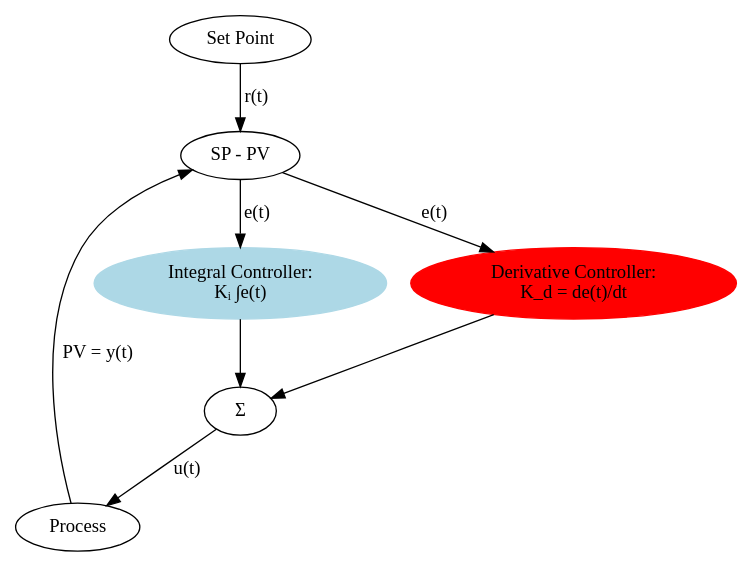
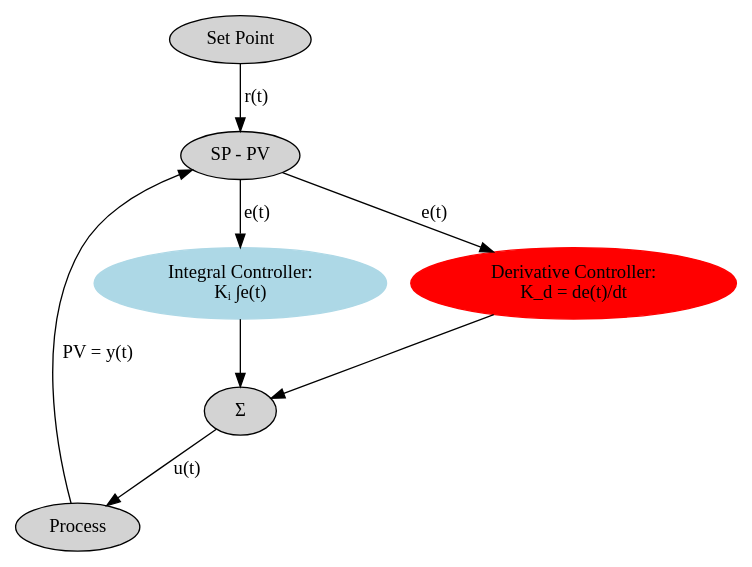
The diagram in pid-dotfiles/id-controller.dot (brain-fuel-co/feedback), drawn with Graphviz before and after one commit. The commit also changed 5 other files, not shown here.

```diff
--- a/pid-dotfiles/id-controller.dot
+++ b/pid-dotfiles/id-controller.dot
@@ -1,16 +1,17 @@
 digraph ID {
+    node [style=filled];
     SP [label="Set Point"];
     PR [label="Process"];
     S1 [label="SP - PV"];
-    I  [style=filled,color=lightblue,label="Integral Controller:\nKᵢ ∫e(t)"];
-    D  [style=filled,color=red,label="Derivative Controller:\nK_d = de(t)/dt"];
+    I  [color=lightblue,label="Integral Controller:\nKᵢ ∫e(t)"];
+    D  [color=red,label="Derivative Controller:\nK_d = de(t)/dt"];
     S2 [label="Σ"];
 
     SP -> S1 [label="r(t)"];
     PR -> S1 [label="PV = y(t)"];
     S1 -> I  [label="e(t)"];
     S1 -> D  [label="e(t)"];
     I  -> S2;
     D  -> S2;
     S2 -> PR [label="u(t)"];
 }
```
